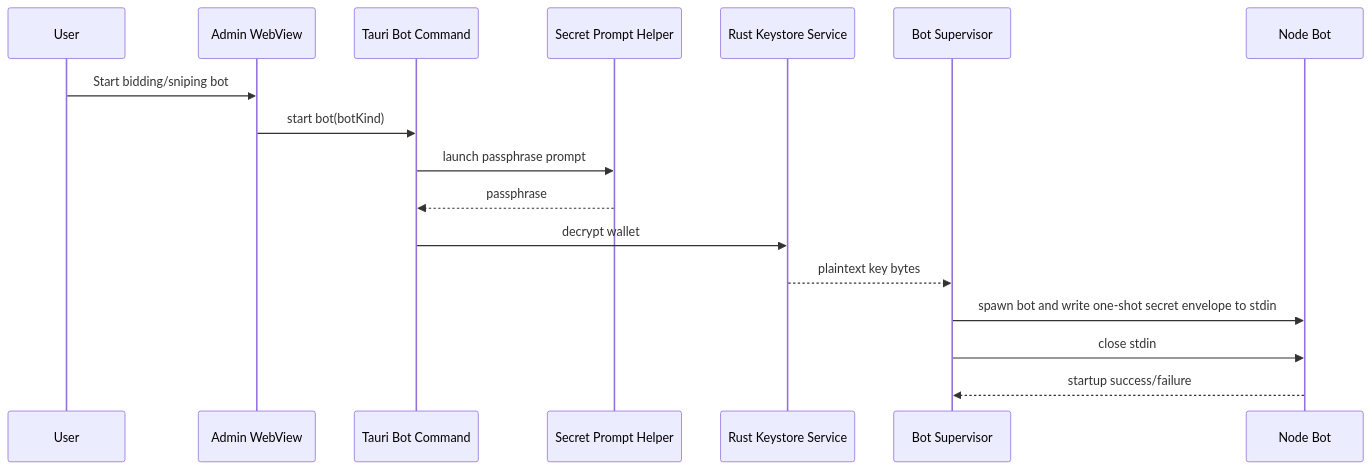
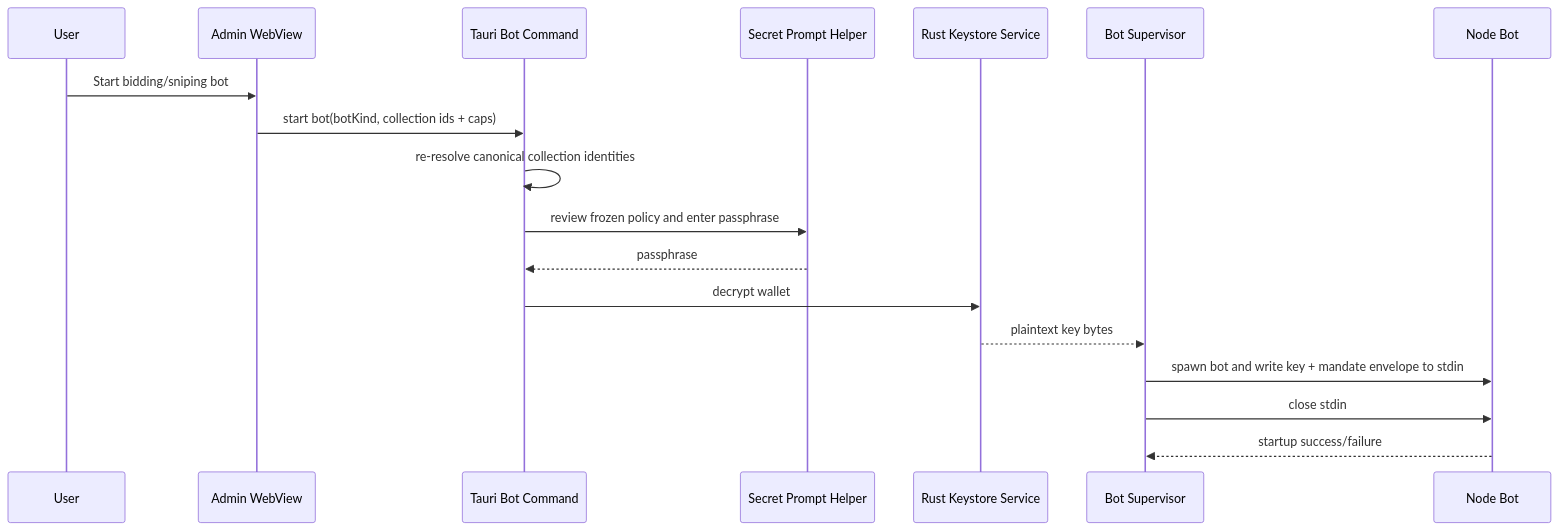
Before and after one commit to d347h-eth/artgod: the fifth of 5 diagrams in docs/desktop/03-wallet-keystore-and-bot-unlock.md, drawn with Mermaid. The commit also changed other lines of this file and 2 other files, not shown here.

````diff
--- a/docs/desktop/03-wallet-keystore-and-bot-unlock.md
+++ b/docs/desktop/03-wallet-keystore-and-bot-unlock.md
@@ -640,20 +653,21 @@
 ```mermaid
 sequenceDiagram
     participant U as User
     participant W as Admin WebView
     participant T as Tauri Bot Command
     participant P as Secret Prompt Helper
     participant K as Rust Keystore Service
     participant B as Bot Supervisor
     participant N as Node Bot
 
     U->>W: Start bidding/sniping bot
-    W->>T: start bot(botKind)
-    T->>P: launch passphrase prompt
+    W->>T: start bot(botKind, collection ids + caps)
+    T->>T: re-resolve canonical collection identities
+    T->>P: review frozen policy and enter passphrase
     P-->>T: passphrase
     T->>K: decrypt wallet
     K-->>B: plaintext key bytes
-    B->>N: spawn bot and write one-shot secret envelope to stdin
+    B->>N: spawn bot and write key + mandate envelope to stdin
     B->>N: close stdin
     N-->>B: startup success/failure
 ```
````
